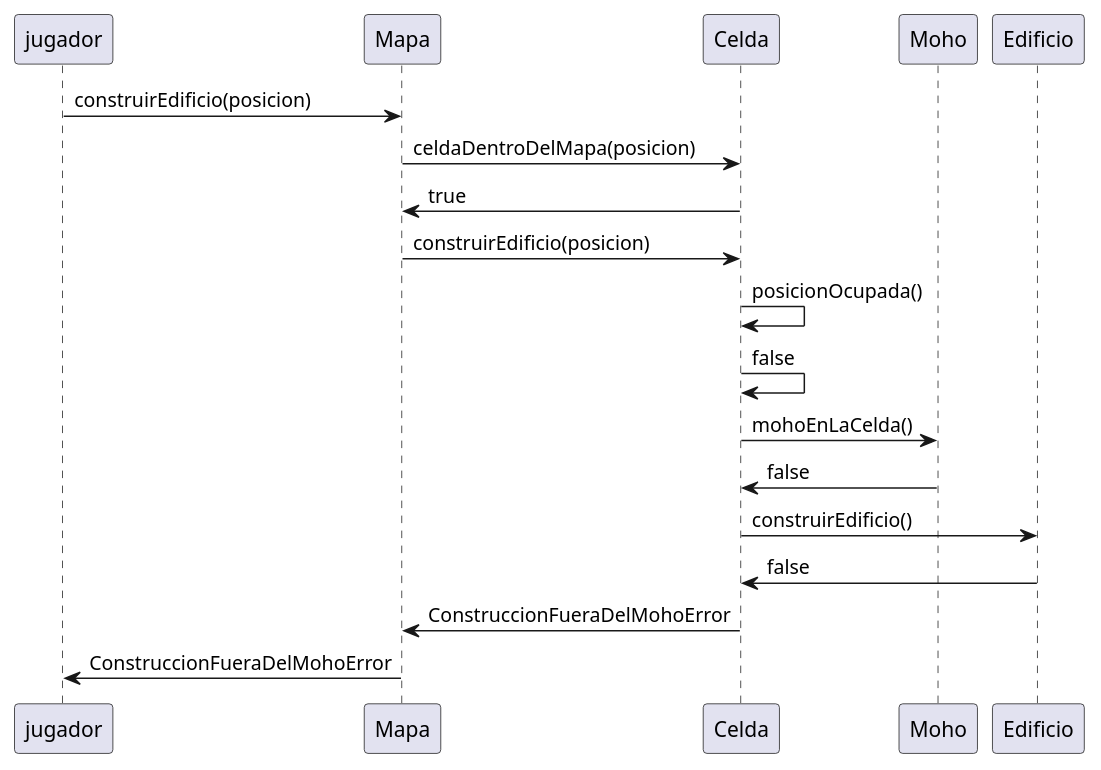
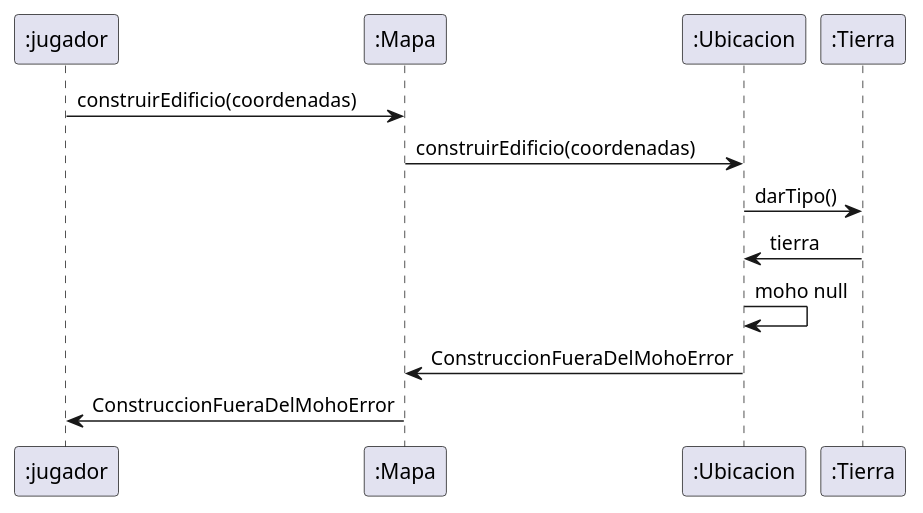
Before and after one commit to nicolasgirardi/algo3_TP2_AlgoStar: the diagram in diagrams/sequences/CasoDeUso5.puml, drawn with PlantUML. The commit also changed 2 other files, not shown here.

Commit message:
actualizo diagramas de secuencia

```diff
--- a/diagrams/sequences/CasoDeUso5.puml
+++ b/diagrams/sequences/CasoDeUso5.puml
@@ -1,23 +1,13 @@
 @startuml
 'https://plantuml.com/sequence-diagram
 
-jugador -> Mapa: construirEdificio(posicion)
-Mapa -> Celda: celdaDentroDelMapa(posicion)
-Celda -> Mapa: true
-Mapa -> Celda: construirEdificio(posicion)
-Celda -> Celda: posicionOcupada()
-Celda -> Celda: false
-Celda -> Moho: mohoEnLaCelda()
-Moho -> Celda: false
-Celda -> Edificio: construirEdificio()
-Edificio -> Celda: false
-Celda -> Mapa: ConstruccionFueraDelMohoError
-Mapa -> jugador: ConstruccionFueraDelMohoError
-
-
-
-
-
+":jugador" -> ":Mapa": construirEdificio(coordenadas)
+":Mapa" -> ":Ubicacion": construirEdificio(coordenadas)
+":Ubicacion" -> ":Tierra": darTipo()
+":Tierra" -> ":Ubicacion": tierra
+":Ubicacion" -> ":Ubicacion": moho null
+":Ubicacion" -> ":Mapa": ConstruccionFueraDelMohoError
+":Mapa" -> ":jugador": ConstruccionFueraDelMohoError
 
 
 @enduml
```
